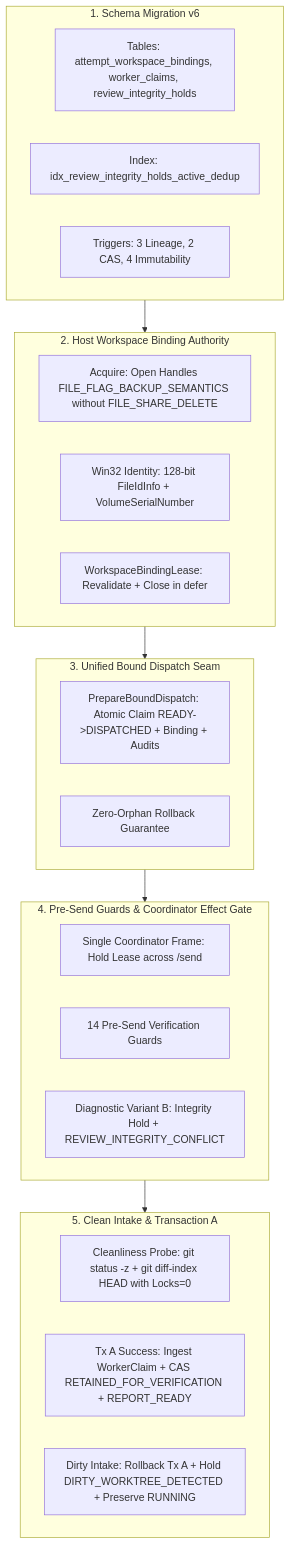
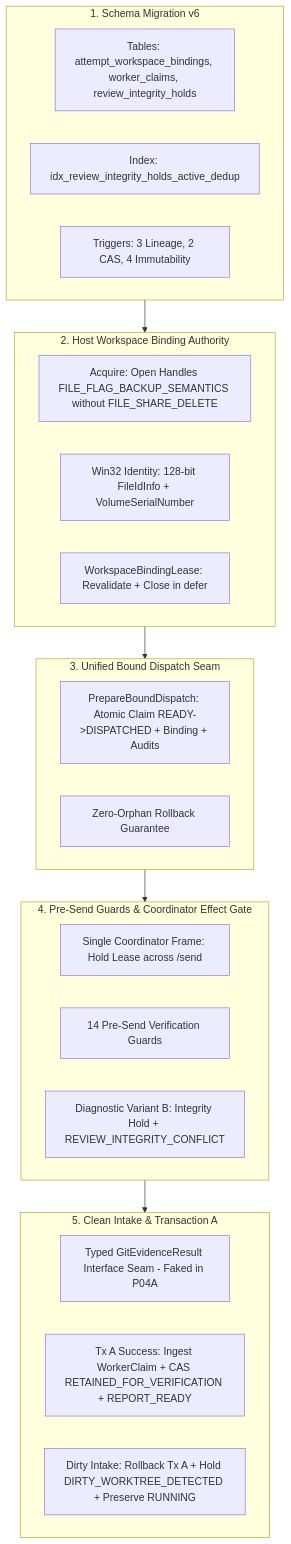
The diagram in docs/plans/PLAN-P04A-WORKSPACE-BINDING-AND-CLAIMS.md (trungqwe/ai-supervisor), drawn with Mermaid before and after one commit. The commit also changed other lines of this file and 4 other files, not shown here.

````diff
--- a/docs/plans/PLAN-P04A-WORKSPACE-BINDING-AND-CLAIMS.md
+++ b/docs/plans/PLAN-P04A-WORKSPACE-BINDING-AND-CLAIMS.md
@@ -49,36 +51,36 @@
 ```mermaid
 flowchart TD
     subgraph Step1 [1. Schema Migration v6]
         V6_Tables[Tables: attempt_workspace_bindings, worker_claims, review_integrity_holds]
         V6_Index[Index: idx_review_integrity_holds_active_dedup]
         V6_Triggers[Triggers: 3 Lineage, 2 CAS, 4 Immutability]
     end
 
     subgraph Step2 [2. Host Workspace Binding Authority]
         WBA_Acquire[Acquire: Open Handles FILE_FLAG_BACKUP_SEMANTICS without FILE_SHARE_DELETE]
         WBA_Identity[Win32 Identity: 128-bit FileIdInfo + VolumeSerialNumber]
         WBA_Lease[WorkspaceBindingLease: Revalidate + Close in defer]
     end
 
     subgraph Step3 [3. Unified Bound Dispatch Seam]
         PBD_Ext[PrepareBoundDispatch: Atomic Claim READY->DISPATCHED + Binding + Audits]
         PBD_Rollback[Zero-Orphan Rollback Guarantee]
     end
 
     subgraph Step4 [4. Pre-Send Guards & Coordinator Effect Gate]
         Coord_Gate[Single Coordinator Frame: Hold Lease across /send]
         Guards_14[14 Pre-Send Verification Guards]
         Diag_VarB[Diagnostic Variant B: Integrity Hold + REVIEW_INTEGRITY_CONFLICT]
     end
 
     subgraph Step5 [5. Clean Intake & Transaction A]
-        Clean_Probe[Cleanliness Probe: git status -z + git diff-index HEAD with Locks=0]
+        Clean_Seam[Typed GitEvidenceResult Interface Seam - Faked in P04A]
         TxA_Success[Tx A Success: Ingest WorkerClaim + CAS RETAINED_FOR_VERIFICATION + REPORT_READY]
         TxA_Dirty[Dirty Intake: Rollback Tx A + Hold DIRTY_WORKTREE_DETECTED + Preserve RUNNING]
     end
 
     Step1 --> Step2
     Step2 --> Step3
     Step3 --> Step4
     Step4 --> Step5
 ```
````
